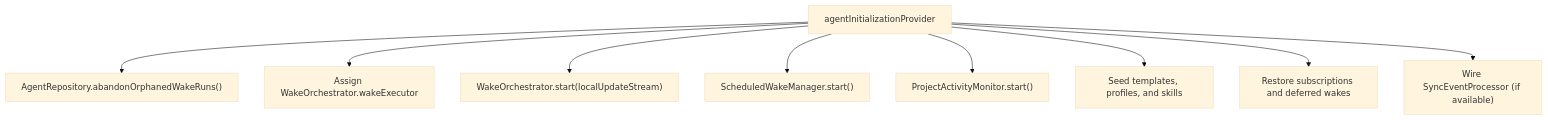
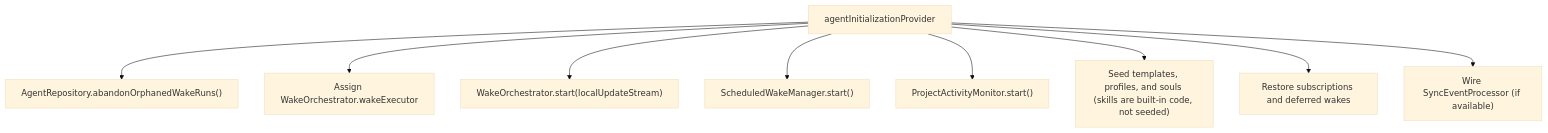
Before and after one commit to matthiasn/lotti: the second of 17 diagrams in lib/features/agents/README.md, drawn with Mermaid (base theme). The commit also changed other lines of this file and 43 other files, not shown here.

````diff
--- a/lib/features/agents/README.md
+++ b/lib/features/agents/README.md
@@ -81,13 +85,13 @@
 ```mermaid
 flowchart TD
   Init["agentInitializationProvider"]
 
   Init --> Abandon["AgentRepository.abandonOrphanedWakeRuns()"]
   Init --> Wire["Assign WakeOrchestrator.wakeExecutor"]
   Init --> Start["WakeOrchestrator.start(localUpdateStream)"]
   Init --> Sched["ScheduledWakeManager.start()"]
   Init --> Activity["ProjectActivityMonitor.start()"]
-  Init --> Seed["Seed templates, profiles, and skills"]
+  Init --> Seed["Seed templates, profiles, and souls (skills are built-in code, not seeded)"]
   Init --> Restore["Restore subscriptions and deferred wakes"]
   Init --> Sync["Wire SyncEventProcessor (if available)"]
 ```
````
